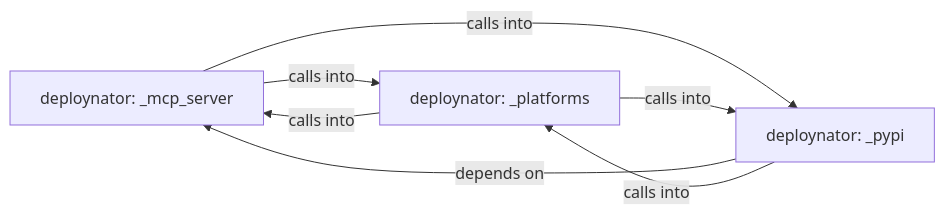
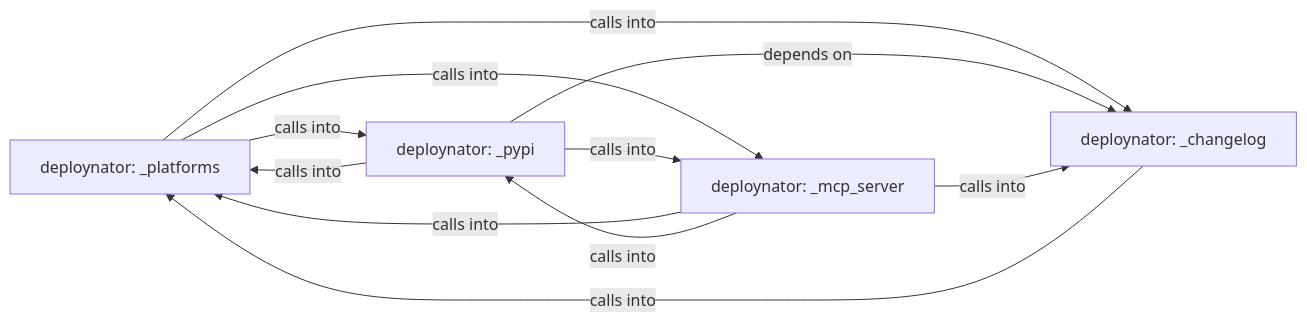
The diagram in readmenator-diagrams/overview.md (grisuno/deploynator), drawn with Mermaid before and after one commit. The commit also changed other lines of this file and 97 other files, not shown here.

````diff
--- a/readmenator-diagrams/overview.md
+++ b/readmenator-diagrams/overview.md
@@ -1,15 +1,21 @@
 ```mermaid
 graph LR
-    deploynator__mcp_server["deploynator: _mcp_server"]
     deploynator__platforms["deploynator: _platforms"]
     deploynator__pypi["deploynator: _pypi"]
+    deploynator__mcp_server["deploynator: _mcp_server"]
+    deploynator__changelog["deploynator: _changelog"]
+    deploynator__platforms -- "calls into" --> deploynator__pypi
+    deploynator__platforms -- "calls into" --> deploynator__mcp_server
+    deploynator__platforms -- "calls into" --> deploynator__changelog
+    deploynator__pypi -- "calls into" --> deploynator__platforms
+    deploynator__pypi -- "calls into" --> deploynator__mcp_server
+    deploynator__pypi -- "depends on" --> deploynator__changelog
     deploynator__mcp_server -- "calls into" --> deploynator__platforms
     deploynator__mcp_server -- "calls into" --> deploynator__pypi
-    deploynator__platforms -- "calls into" --> deploynator__mcp_server
-    deploynator__platforms -- "calls into" --> deploynator__pypi
-    deploynator__pypi -- "depends on" --> deploynator__mcp_server
-    deploynator__pypi -- "calls into" --> deploynator__platforms
-    click deploynator__mcp_server href "./deploynator__mcp_server.md" "Details"
+    deploynator__mcp_server -- "calls into" --> deploynator__changelog
+    deploynator__changelog -- "calls into" --> deploynator__platforms
     click deploynator__platforms href "./deploynator__platforms.md" "Details"
     click deploynator__pypi href "./deploynator__pypi.md" "Details"
+    click deploynator__mcp_server href "./deploynator__mcp_server.md" "Details"
+    click deploynator__changelog href "./deploynator__changelog.md" "Details"
 ```
````
